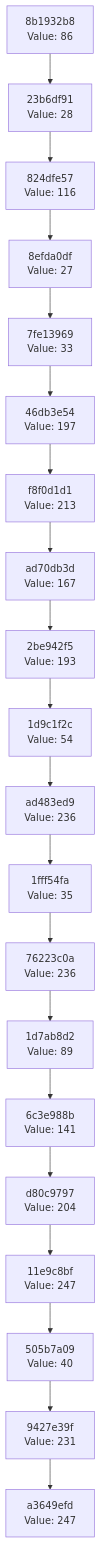
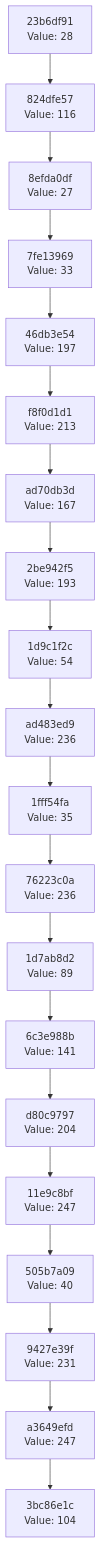
The diagram in docs/CHAIN_VISUALIZATION.md (Abhisheksinha1506/hash-chain-evolver), drawn with Mermaid before and after one commit. The commit also changed 3 other files, not shown here.

````diff
--- a/docs/CHAIN_VISUALIZATION.md
+++ b/docs/CHAIN_VISUALIZATION.md
@@ -3,42 +3,42 @@
 ```mermaid
 graph TD
-    C0["a3649efd<br/>Value: 247"]
-    C1["9427e39f<br/>Value: 231"]
+    C0["3bc86e1c<br/>Value: 104"]
+    C1["a3649efd<br/>Value: 247"]
     C1 --> C0
-    C2["505b7a09<br/>Value: 40"]
+    C2["9427e39f<br/>Value: 231"]
     C2 --> C1
-    C3["11e9c8bf<br/>Value: 247"]
+    C3["505b7a09<br/>Value: 40"]
     C3 --> C2
-    C4["d80c9797<br/>Value: 204"]
+    C4["11e9c8bf<br/>Value: 247"]
     C4 --> C3
-    C5["6c3e988b<br/>Value: 141"]
+    C5["d80c9797<br/>Value: 204"]
     C5 --> C4
-    C6["1d7ab8d2<br/>Value: 89"]
+    C6["6c3e988b<br/>Value: 141"]
     C6 --> C5
-    C7["76223c0a<br/>Value: 236"]
+    C7["1d7ab8d2<br/>Value: 89"]
     C7 --> C6
-    C8["1fff54fa<br/>Value: 35"]
+    C8["76223c0a<br/>Value: 236"]
     C8 --> C7
-    C9["ad483ed9<br/>Value: 236"]
+    C9["1fff54fa<br/>Value: 35"]
     C9 --> C8
-    C10["1d9c1f2c<br/>Value: 54"]
+    C10["ad483ed9<br/>Value: 236"]
     C10 --> C9
-    C11["2be942f5<br/>Value: 193"]
+    C11["1d9c1f2c<br/>Value: 54"]
     C11 --> C10
-    C12["ad70db3d<br/>Value: 167"]
+    C12["2be942f5<br/>Value: 193"]
     C12 --> C11
-    C13["f8f0d1d1<br/>Value: 213"]
+    C13["ad70db3d<br/>Value: 167"]
     C13 --> C12
-    C14["46db3e54<br/>Value: 197"]
+    C14["f8f0d1d1<br/>Value: 213"]
     C14 --> C13
-    C15["7fe13969<br/>Value: 33"]
+    C15["46db3e54<br/>Value: 197"]
     C15 --> C14
-    C16["8efda0df<br/>Value: 27"]
+    C16["7fe13969<br/>Value: 33"]
     C16 --> C15
-    C17["824dfe57<br/>Value: 116"]
+    C17["8efda0df<br/>Value: 27"]
     C17 --> C16
-    C18["23b6df91<br/>Value: 28"]
+    C18["824dfe57<br/>Value: 116"]
     C18 --> C17
-    C19["8b1932b8<br/>Value: 86"]
+    C19["23b6df91<br/>Value: 28"]
     C19 --> C18
 ```
````
